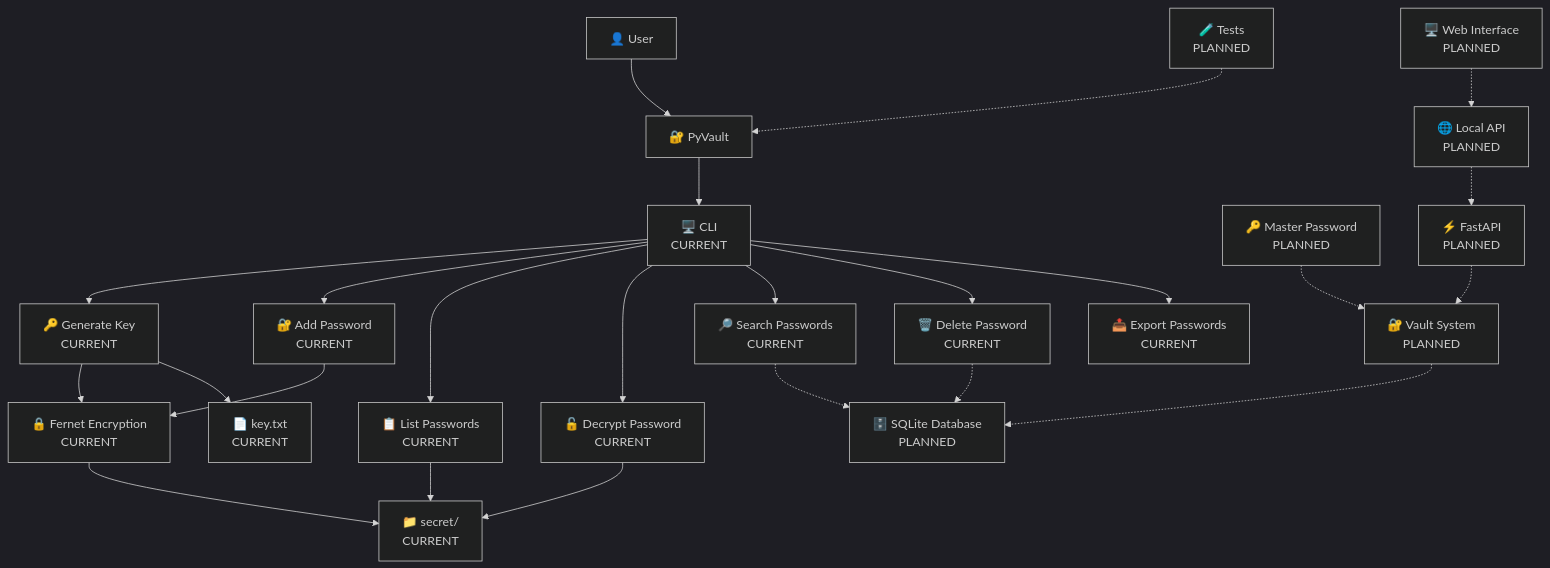
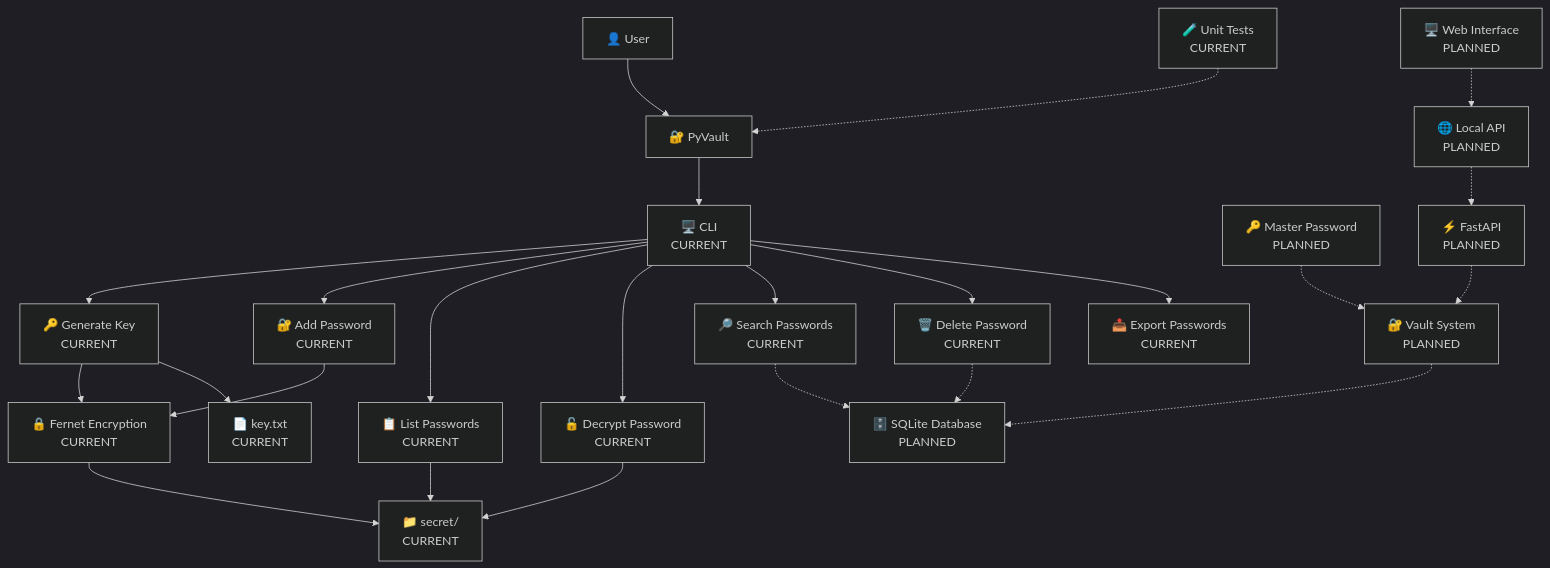
The diagram in README.md (KirobotDev/PyVault), drawn with Mermaid (dark theme) before and after one commit. The commit also changed other lines of this file and 7 other files, not shown here.

````diff
--- a/README.md
+++ b/README.md
@@ -58,67 +58,66 @@
 ```mermaid
 flowchart TD
     User["👤 User"]
 
     PyVault["🔐 PyVault"]
 
     CLI["🖥️ CLI<br/>CURRENT"]
 
     GenerateKey["🔑 Generate Key<br/>CURRENT"]
     AddPassword["🔐 Add Password<br/>CURRENT"]
     ListPasswords["📋 List Passwords<br/>CURRENT"]
     DecryptPassword["🔓 Decrypt Password<br/>CURRENT"]
 
     Fernet["🔒 Fernet Encryption<br/>CURRENT"]
     KeyFile["📄 key.txt<br/>CURRENT"]
     SecretFolder["📁 secret/<br/>CURRENT"]
 
     Search["🔎 Search Passwords<br/>CURRENT"]
     Delete["🗑️ Delete Password<br/>CURRENT"]
     Export["📤 Export Passwords<br/>CURRENT"]
+    Tests["🧪 Unit Tests<br/>CURRENT"]
 
     MasterPassword["🔑 Master Password<br/>PLANNED"]
     Vault["🔐 Vault System<br/>PLANNED"]
     SQLite["🗄️ SQLite Database<br/>PLANNED"]
 
     API["🌐 Local API<br/>PLANNED"]
     FastAPI["⚡ FastAPI<br/>PLANNED"]
 
     Web["🖥️ Web Interface<br/>PLANNED"]
-
-    Tests["🧪 Tests<br/>PLANNED"]
 
     User --> PyVault
 
     PyVault --> CLI
 
     CLI --> GenerateKey
     CLI --> AddPassword
     CLI --> ListPasswords
     CLI --> DecryptPassword
 
     GenerateKey --> Fernet
     GenerateKey --> KeyFile
 
     AddPassword --> Fernet
     Fernet --> SecretFolder
 
     DecryptPassword --> SecretFolder
     ListPasswords --> SecretFolder
 
     CLI --> Search
     CLI --> Delete
     CLI --> Export
 
     Search -.-> SQLite
     Delete -.-> SQLite
 
     MasterPassword -.-> Vault
     Vault -.-> SQLite
 
     API -.-> FastAPI
     FastAPI -.-> Vault
 
     Web -.-> API
 
     Tests -.-> PyVault
 ```
````
